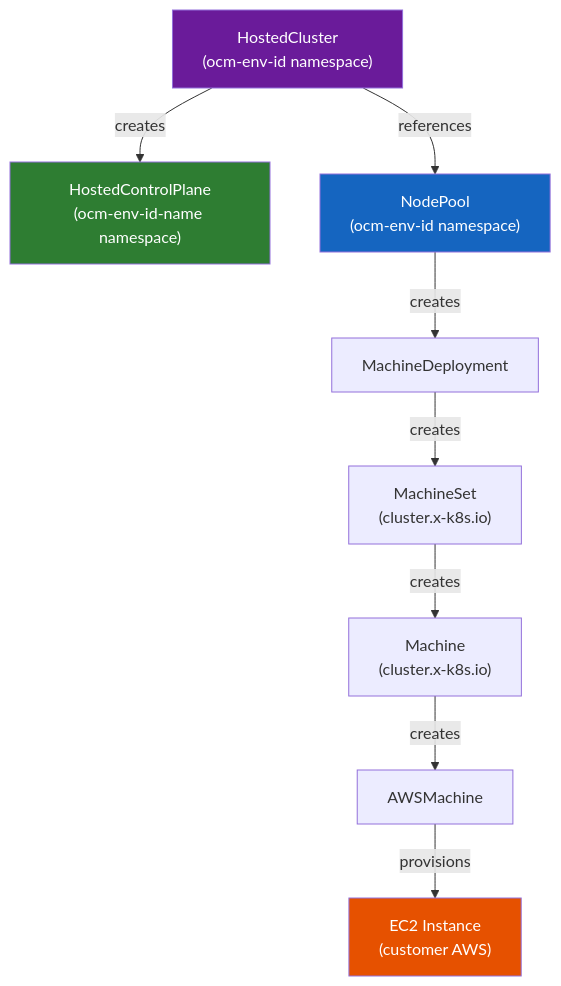
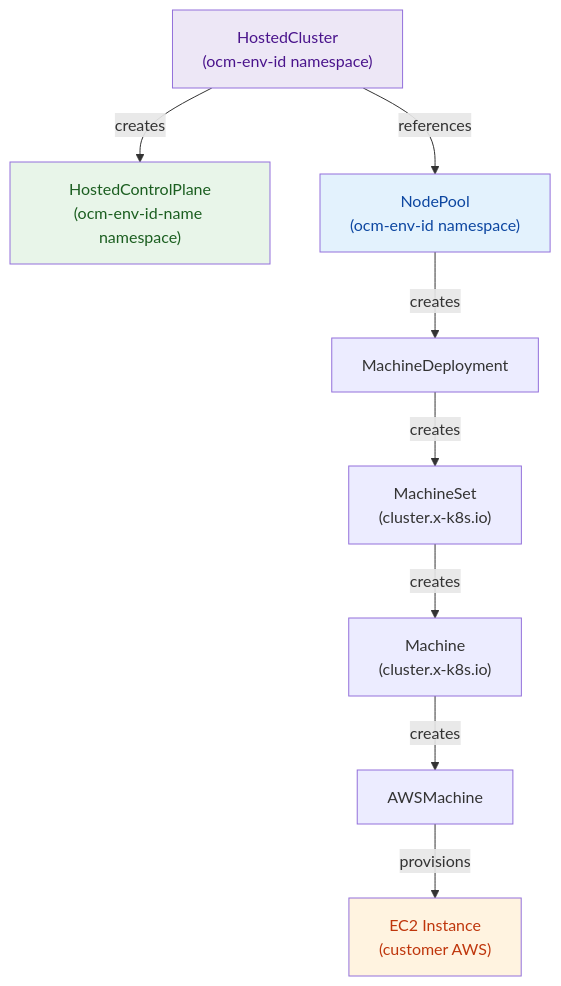
One commit to mcipamo/hcp-study-guide changed the second of 2 diagrams in docs/control-plane.md. Above: the diagram before and after it, drawn with Mermaid. The commit also changed 61 other files, not shown here.

Commit message:
Fix diagram readability: light backgrounds + dark text; fix logo

````diff
--- a/docs/control-plane.md
+++ b/docs/control-plane.md
@@ -212,24 +212,24 @@
 ```mermaid
 graph TD
     HC["HostedCluster\n(ocm-env-id namespace)"]
     HCP2["HostedControlPlane\n(ocm-env-id-name namespace)"]
     NP["NodePool\n(ocm-env-id namespace)"]
     MD["MachineDeployment"]
     MS["MachineSet\n(cluster.x-k8s.io)"]
     M["Machine\n(cluster.x-k8s.io)"]
     AM["AWSMachine"]
     EC2["EC2 Instance\n(customer AWS)"]
 
     HC -->|"creates"| HCP2
     HC -->|"references"| NP
     NP -->|"creates"| MD
     MD -->|"creates"| MS
     MS -->|"creates"| M
     M -->|"creates"| AM
     AM -->|"provisions"| EC2
 
-    style HC fill:#6a1b9a,color:#fff
-    style HCP2 fill:#2e7d32,color:#fff
-    style NP fill:#1565c0,color:#fff
-    style EC2 fill:#e65100,color:#fff
+    style HC fill:#ede7f6,color:#4a148c
+    style HCP2 fill:#e8f5e9,color:#1b5e20
+    style NP fill:#e3f2fd,color:#0d47a1
+    style EC2 fill:#fff3e0,color:#bf360c
 ```
````
